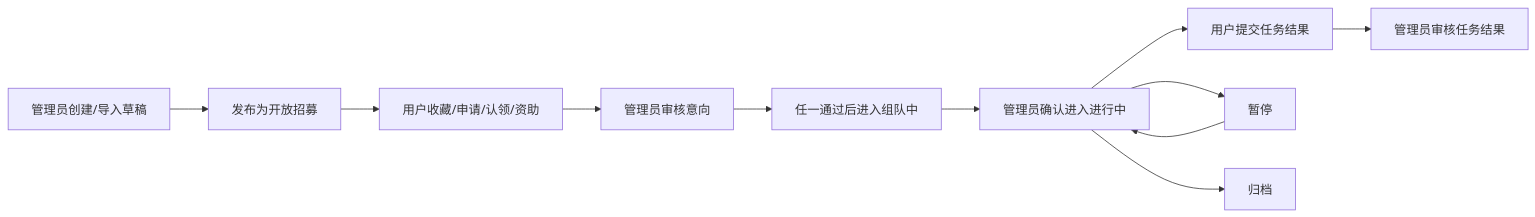
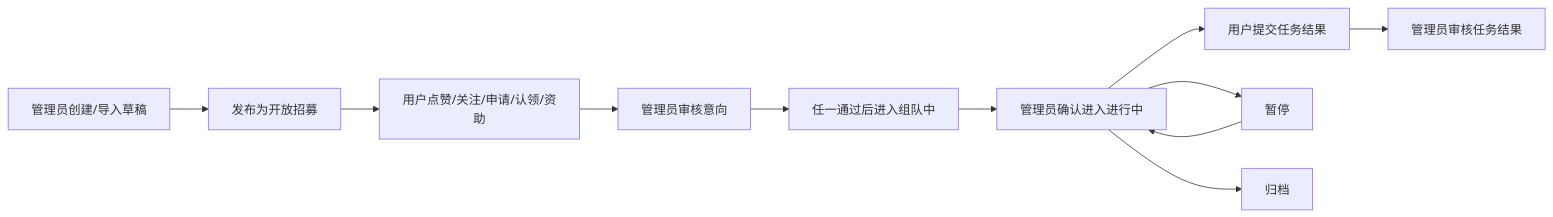
One commit to OpenMedAILab/openmedailab-platform changed the third of 3 diagrams in docs/project-lifecycle-product-design.md. Above: the diagram before and after it, drawn with Mermaid. The commit also changed other lines of this file and 38 other files, not shown here.

````diff
--- a/docs/project-lifecycle-product-design.md
+++ b/docs/project-lifecycle-product-design.md
@@ -717,13 +720,13 @@
 ```mermaid
 flowchart LR
     A["管理员创建/导入草稿"] --> B["发布为开放招募"]
-    B --> C["用户收藏/申请/认领/资助"]
+    B --> C["用户点赞/关注/申请/认领/资助"]
     C --> D["管理员审核意向"]
     D --> E["任一通过后进入组队中"]
     E --> F["管理员确认进入进行中"]
     F --> G["用户提交任务结果"]
     G --> H["管理员审核任务结果"]
     F --> I["暂停"]
     I --> F
     F --> J["归档"]
 ```
````
